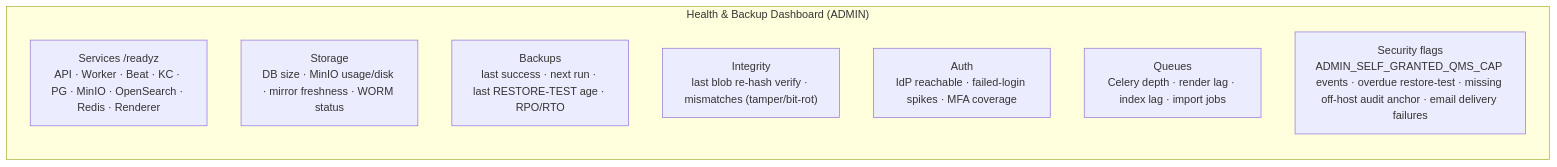
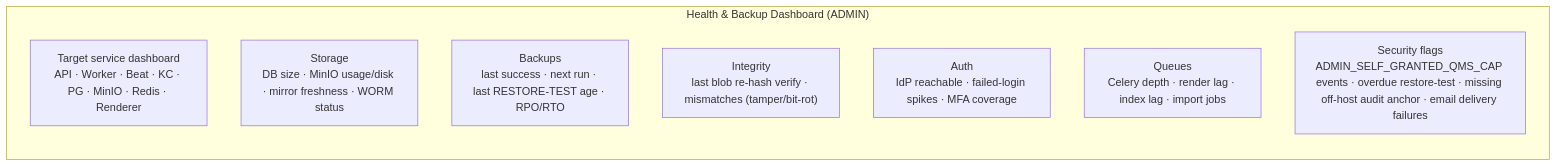
One commit to CoJoA13/EasySynQ changed diagram 13 of 13 in docs/08-setup-and-onboarding.md. Above: the diagram before and after it, drawn with Mermaid. The commit also changed other lines of this file and 43 other files, not shown here.

````diff
--- a/docs/08-setup-and-onboarding.md
+++ b/docs/08-setup-and-onboarding.md
@@ -686,13 +730,13 @@
 ```mermaid
 flowchart LR
     subgraph Health["Health & Backup Dashboard (ADMIN)"]
         direction TB
-        SVC["Services /readyz\nAPI · Worker · Beat · KC · PG · MinIO · OpenSearch · Redis · Renderer"]
+        SVC["Target service dashboard\nAPI · Worker · Beat · KC · PG · MinIO · Redis · Renderer"]
         STO["Storage\nDB size · MinIO usage/disk · mirror freshness · WORM status"]
         BKP["Backups\nlast success · next run · last RESTORE-TEST age · RPO/RTO"]
         INT["Integrity\nlast blob re-hash verify · mismatches (tamper/bit-rot)"]
         AUTH["Auth\nIdP reachable · failed-login spikes · MFA coverage"]
         QUE["Queues\nCelery depth · render lag · index lag · import jobs"]
         SEC["Security flags\nADMIN_SELF_GRANTED_QMS_CAP events · overdue restore-test · missing off-host audit anchor · email delivery failures"]
     end
 ```
````
